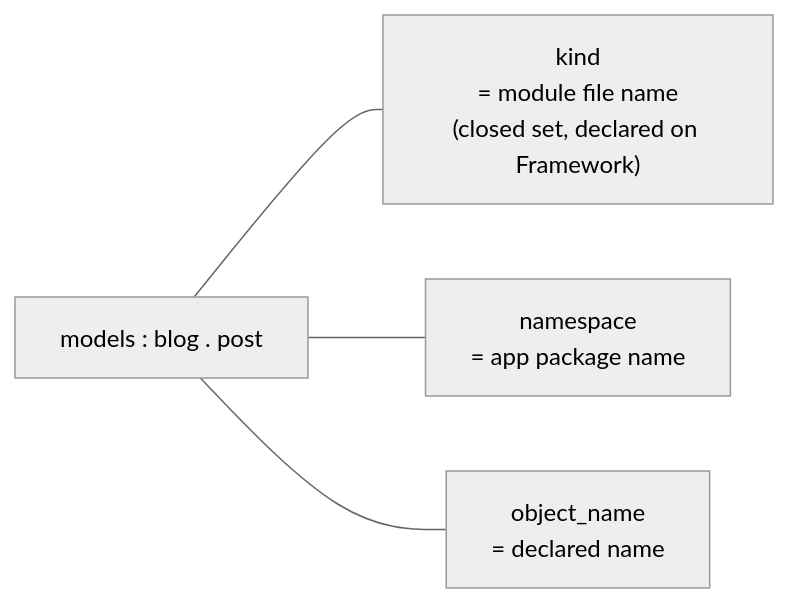
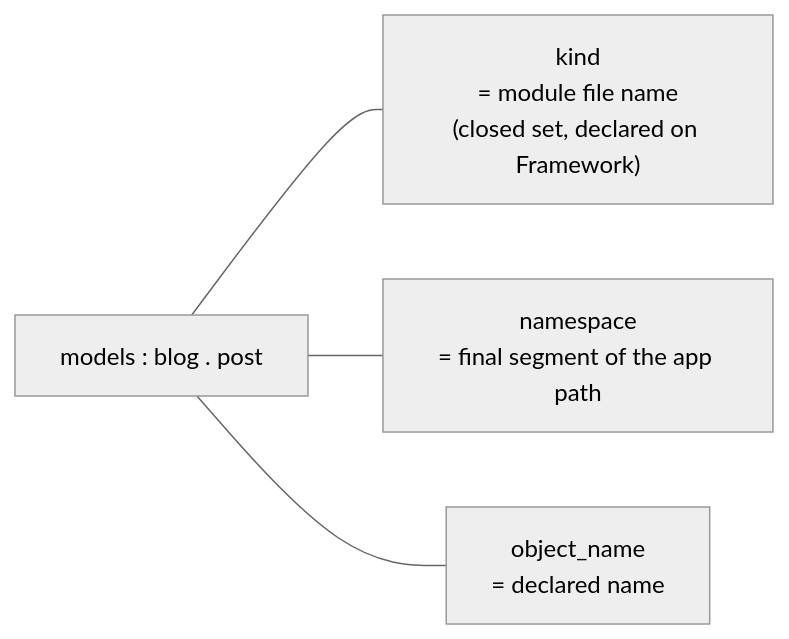
The fourth of 7 diagrams in docs/architecture/kernel.md (hlop3z/spoc), drawn with Mermaid (neutral theme) before and after one commit. The commit also changed other lines of this file and 19 other files, not shown here.

````diff
--- a/docs/architecture/kernel.md
+++ b/docs/architecture/kernel.md
@@ -100,11 +100,11 @@
 ```mermaid
 flowchart LR
     id["models : blog . post"]
     kind["kind<br/>= module file name<br/>(closed set, declared on Framework)"]
-    ns["namespace<br/>= app package name"]
+    ns["namespace<br/>= final segment of the app path"]
     name["object_name<br/>= declared name"]
 
     id --- kind
     id --- ns
     id --- name
 ```
````
